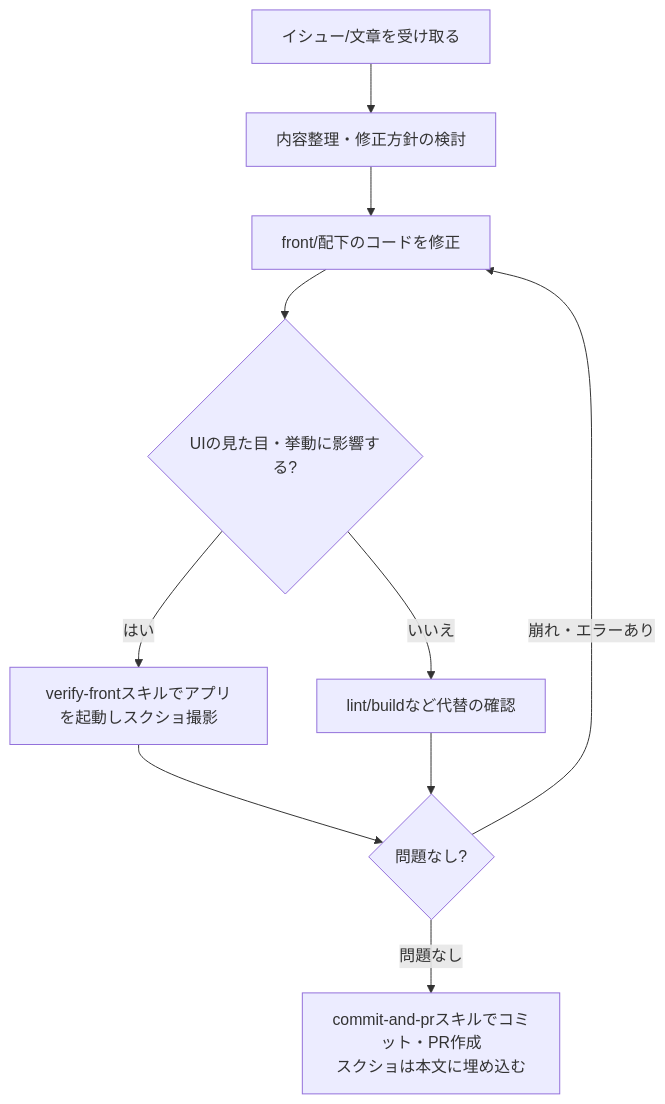
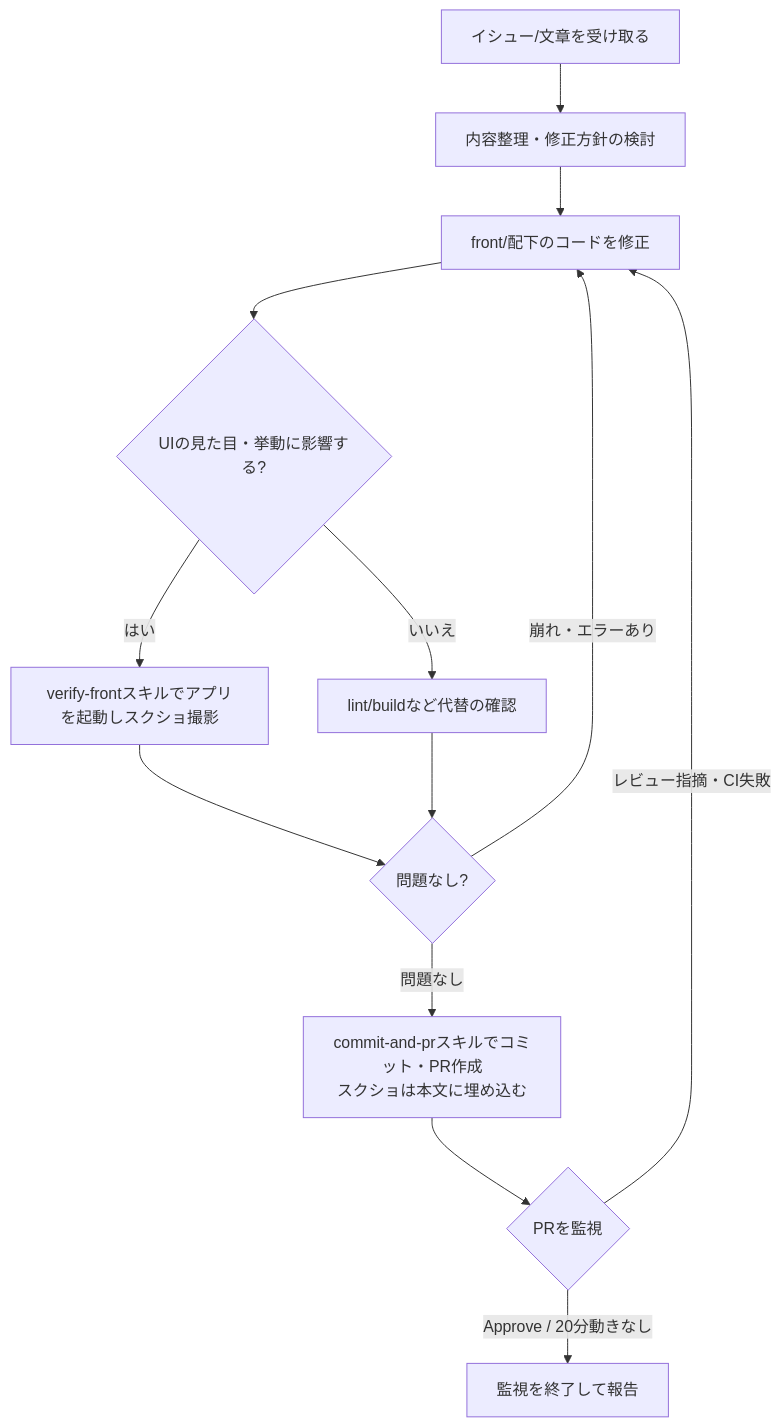
Before and after one commit to akinaritakaishi/sample_todo: the diagram in .claude/skills/fix-and-verify/SKILL.md, drawn with Mermaid. The commit also changed other lines of this file and 2 other files, not shown here.

````diff
--- a/.claude/skills/fix-and-verify/SKILL.md
+++ b/.claude/skills/fix-and-verify/SKILL.md
@@ -16,12 +16,15 @@
 ```mermaid
 flowchart TD
     A[イシュー/文章を受け取る] --> B[内容整理・修正方針の検討]
     B --> C[front/配下のコードを修正]
     C --> D{UIの見た目・挙動に影響する?}
     D -- はい --> E[verify-frontスキルでアプリを起動しスクショ撮影]
     D -- いいえ --> F[lint/buildなど代替の確認]
     E --> V{問題なし?}
     F --> V
     V -- 崩れ・エラーあり --> C
     V -- 問題なし --> H[commit-and-prスキルでコミット・PR作成<br/>スクショは本文に埋め込む]
+    H --> W{PRを監視}
+    W -- レビュー指摘・CI失敗 --> C
+    W -- Approve / 20分動きなし --> X[監視を終了して報告]
 ```
````
